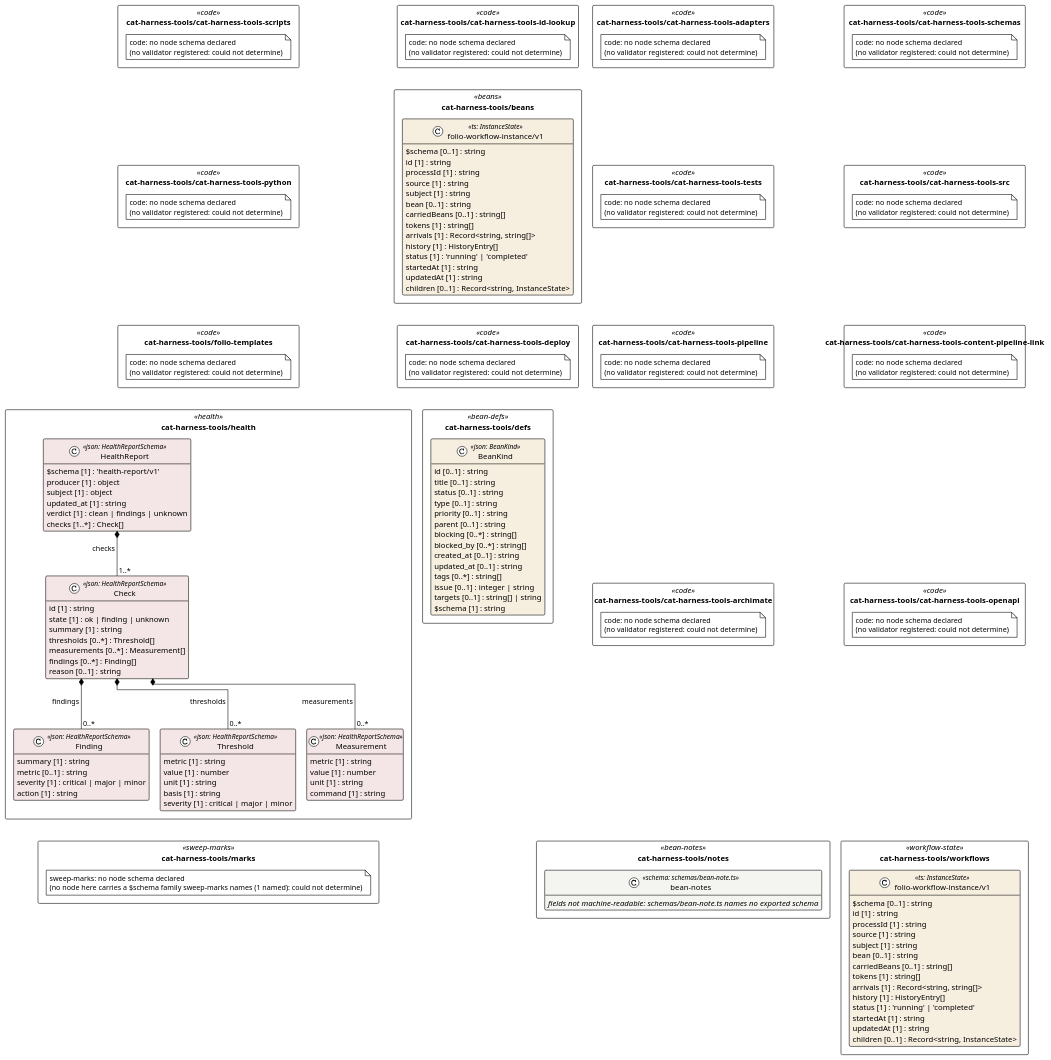
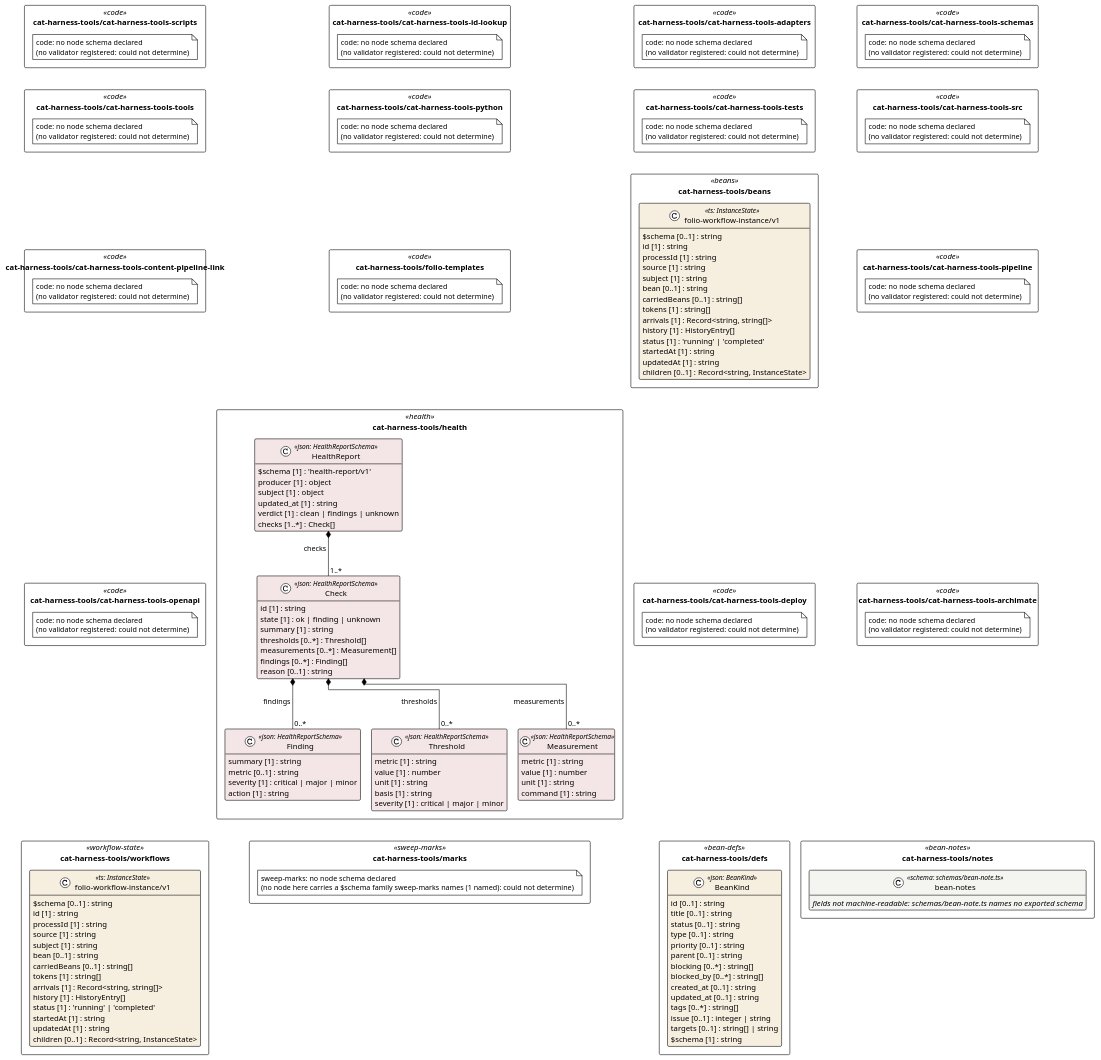
Before and after one commit to litlfred/cat-harness: the diagram in uml/overview/cat-harness-tools.puml, drawn with PlantUML. The commit also changed 474 other files, not shown here.

```diff
--- a/uml/overview/cat-harness-tools.puml
+++ b/uml/overview/cat-harness-tools.puml
@@ -3,169 +3,173 @@
 @startuml cat_harness_tools
 !pragma layout elk
 !theme plain
 skinparam classAttributeIconSize 0
 skinparam shadowing false
 skinparam packageStyle rectangle
 hide empty methods
 
 package "cat-harness-tools/cat-harness-tools-adapters" as pkg_cat_harness_tools_cat_harness_tools_adapters <<code>> {
   note "code: no node schema declared\n(no validator registered: could not determine)" as n_cat_harness_tools_cat_harness_tools_adapters_code
 }
 package "cat-harness-tools/cat-harness-tools-schemas" as pkg_cat_harness_tools_cat_harness_tools_schemas <<code>> {
   note "code: no node schema declared\n(no validator registered: could not determine)" as n_cat_harness_tools_cat_harness_tools_schemas_code
 }
 package "cat-harness-tools/cat-harness-tools-scripts" as pkg_cat_harness_tools_cat_harness_tools_scripts <<code>> {
   note "code: no node schema declared\n(no validator registered: could not determine)" as n_cat_harness_tools_cat_harness_tools_scripts_code
 }
 package "cat-harness-tools/cat-harness-tools-id-lookup" as pkg_cat_harness_tools_cat_harness_tools_id_lookup <<code>> {
   note "code: no node schema declared\n(no validator registered: could not determine)" as n_cat_harness_tools_cat_harness_tools_id_lookup_code
 }
 package "cat-harness-tools/cat-harness-tools-tests" as pkg_cat_harness_tools_cat_harness_tools_tests <<code>> {
   note "code: no node schema declared\n(no validator registered: could not determine)" as n_cat_harness_tools_cat_harness_tools_tests_code
 }
 package "cat-harness-tools/cat-harness-tools-src" as pkg_cat_harness_tools_cat_harness_tools_src <<code>> {
   note "code: no node schema declared\n(no validator registered: could not determine)" as n_cat_harness_tools_cat_harness_tools_src_code
+}
+package "cat-harness-tools/cat-harness-tools-tools" as pkg_cat_harness_tools_cat_harness_tools_tools <<code>> {
+  note "code: no node schema declared\n(no validator registered: could not determine)" as n_cat_harness_tools_cat_harness_tools_tools_code
 }
 package "cat-harness-tools/cat-harness-tools-python" as pkg_cat_harness_tools_cat_harness_tools_python <<code>> {
   note "code: no node schema declared\n(no validator registered: could not determine)" as n_cat_harness_tools_cat_harness_tools_python_code
 }
 package "cat-harness-tools/beans" as pkg_cat_harness_tools_beans <<beans>> {
   class "folio-workflow-instance/v1" as cat_harness_tools_beans_folio_workflow_instance_v1 <<ts: InstanceState>> #f6eedf {
     $schema [0..1] : string
     id [1] : string
     processId [1] : string
     source [1] : string
     subject [1] : string
     bean [0..1] : string
     carriedBeans [0..1] : string[]
     tokens [1] : string[]
     arrivals [1] : Record<string, string[]>
     history [1] : HistoryEntry[]
     status [1] : 'running' | 'completed'
     startedAt [1] : string
     updatedAt [1] : string
     children [0..1] : Record<string, InstanceState>
   }
 }
 package "cat-harness-tools/cat-harness-tools-pipeline" as pkg_cat_harness_tools_cat_harness_tools_pipeline <<code>> {
   note "code: no node schema declared\n(no validator registered: could not determine)" as n_cat_harness_tools_cat_harness_tools_pipeline_code
 }
 package "cat-harness-tools/cat-harness-tools-content-pipeline-link" as pkg_cat_harness_tools_cat_harness_tools_content_pipeline_link <<code>> {
   note "code: no node schema declared\n(no validator registered: could not determine)" as n_cat_harness_tools_cat_harness_tools_content_pipeline_link_code
 }
 package "cat-harness-tools/folio-templates" as pkg_cat_harness_tools_folio_templates <<code>> {
   note "code: no node schema declared\n(no validator registered: could not determine)" as n_cat_harness_tools_folio_templates_code
 }
 package "cat-harness-tools/cat-harness-tools-deploy" as pkg_cat_harness_tools_cat_harness_tools_deploy <<code>> {
   note "code: no node schema declared\n(no validator registered: could not determine)" as n_cat_harness_tools_cat_harness_tools_deploy_code
 }
 package "cat-harness-tools/cat-harness-tools-archimate" as pkg_cat_harness_tools_cat_harness_tools_archimate <<code>> {
   note "code: no node schema declared\n(no validator registered: could not determine)" as n_cat_harness_tools_cat_harness_tools_archimate_code
 }
 package "cat-harness-tools/cat-harness-tools-openapi" as pkg_cat_harness_tools_cat_harness_tools_openapi <<code>> {
   note "code: no node schema declared\n(no validator registered: could not determine)" as n_cat_harness_tools_cat_harness_tools_openapi_code
 }
 package "cat-harness-tools/health" as pkg_cat_harness_tools_health <<health>> {
   class "Threshold" as cat_harness_tools_health_Threshold <<json: HealthReportSchema>> #f4e6e6 {
     metric [1] : string
     value [1] : number
     unit [1] : string
     basis [1] : string
     severity [1] : critical | major | minor
   }
   class "Measurement" as cat_harness_tools_health_Measurement <<json: HealthReportSchema>> #f4e6e6 {
     metric [1] : string
     value [1] : number
     unit [1] : string
     command [1] : string
   }
   class "Finding" as cat_harness_tools_health_Finding <<json: HealthReportSchema>> #f4e6e6 {
     summary [1] : string
     metric [0..1] : string
     severity [1] : critical | major | minor
     action [1] : string
   }
   class "Check" as cat_harness_tools_health_Check <<json: HealthReportSchema>> #f4e6e6 {
     id [1] : string
     state [1] : ok | finding | unknown
     summary [1] : string
     thresholds [0..*] : Threshold[]
     measurements [0..*] : Measurement[]
     findings [0..*] : Finding[]
     reason [0..1] : string
   }
   class "HealthReport" as cat_harness_tools_health_HealthReport <<json: HealthReportSchema>> #f4e6e6 {
     $schema [1] : 'health-report/v1'
     producer [1] : object
     subject [1] : object
     updated_at [1] : string
     verdict [1] : clean | findings | unknown
     checks [1..*] : Check[]
   }
 }
 package "cat-harness-tools/defs" as pkg_cat_harness_tools_defs <<bean-defs>> {
   class "BeanKind" as cat_harness_tools_defs_BeanKind <<json: BeanKind>> #f6eedf {
     id [0..1] : string
     title [0..1] : string
     status [0..1] : string
     type [0..1] : string
     priority [0..1] : string
     parent [0..1] : string
     blocking [0..*] : string[]
     blocked_by [0..*] : string[]
     created_at [0..1] : string
     updated_at [0..1] : string
     tags [0..*] : string[]
     issue [0..1] : integer | string
     targets [0..1] : string[] | string
     $schema [1] : string
   }
 }
 package "cat-harness-tools/notes" as pkg_cat_harness_tools_notes <<bean-notes>> {
   class "bean-notes" as cat_harness_tools_notes_bean_notes_shape <<schema: schemas/bean-note.ts>> #f4f4f1 {
     //fields not machine-readable: schemas/bean-note.ts names no exported schema//
   }
 }
 package "cat-harness-tools/workflows" as pkg_cat_harness_tools_workflows <<workflow-state>> {
   class "folio-workflow-instance/v1" as cat_harness_tools_workflows_folio_workflow_instance_v1 <<ts: InstanceState>> #f6eedf {
     $schema [0..1] : string
     id [1] : string
     processId [1] : string
     source [1] : string
     subject [1] : string
     bean [0..1] : string
     carriedBeans [0..1] : string[]
     tokens [1] : string[]
     arrivals [1] : Record<string, string[]>
     history [1] : HistoryEntry[]
     status [1] : 'running' | 'completed'
     startedAt [1] : string
     updatedAt [1] : string
     children [0..1] : Record<string, InstanceState>
   }
 }
 package "cat-harness-tools/marks" as pkg_cat_harness_tools_marks <<sweep-marks>> {
   note "sweep-marks: no node schema declared\n(no node here carries a $schema family sweep-marks names (1 named): could not determine)" as n_cat_harness_tools_marks_sweep_marks
 }
 
 cat_harness_tools_health_Check *-- "0..*" cat_harness_tools_health_Threshold : thresholds
 cat_harness_tools_health_Check *-- "0..*" cat_harness_tools_health_Measurement : measurements
 cat_harness_tools_health_Check *-- "0..*" cat_harness_tools_health_Finding : findings
 cat_harness_tools_health_HealthReport *-- "1..*" cat_harness_tools_health_Check : checks
-' grid: portrait, 4 column(s) — pkg_cat_harness_tools_cat_harness_tools_adapters pkg_cat_harness_tools_cat_harness_tools_schemas pkg_cat_harness_tools_cat_harness_tools_scripts pkg_cat_harness_tools_cat_harness_tools_id_lookup pkg_cat_harness_tools_cat_harness_tools_tests pkg_cat_harness_tools_cat_harness_tools_src pkg_cat_harness_tools_cat_harness_tools_python pkg_cat_harness_tools_beans pkg_cat_harness_tools_cat_harness_tools_pipeline pkg_cat_harness_tools_cat_harness_tools_content_pipeline_link pkg_cat_harness_tools_folio_templates pkg_cat_harness_tools_cat_harness_tools_deploy pkg_cat_harness_tools_cat_harness_tools_archimate pkg_cat_harness_tools_cat_harness_tools_openapi pkg_cat_harness_tools_health pkg_cat_harness_tools_defs pkg_cat_harness_tools_notes pkg_cat_harness_tools_workflows pkg_cat_harness_tools_marks
+' grid: portrait, 4 column(s) — pkg_cat_harness_tools_cat_harness_tools_adapters pkg_cat_harness_tools_cat_harness_tools_schemas pkg_cat_harness_tools_cat_harness_tools_scripts pkg_cat_harness_tools_cat_harness_tools_id_lookup pkg_cat_harness_tools_cat_harness_tools_tests pkg_cat_harness_tools_cat_harness_tools_src pkg_cat_harness_tools_cat_harness_tools_tools pkg_cat_harness_tools_cat_harness_tools_python pkg_cat_harness_tools_beans pkg_cat_harness_tools_cat_harness_tools_pipeline pkg_cat_harness_tools_cat_harness_tools_content_pipeline_link pkg_cat_harness_tools_folio_templates pkg_cat_harness_tools_cat_harness_tools_deploy pkg_cat_harness_tools_cat_harness_tools_archimate pkg_cat_harness_tools_cat_harness_tools_openapi pkg_cat_harness_tools_health pkg_cat_harness_tools_defs pkg_cat_harness_tools_notes pkg_cat_harness_tools_workflows pkg_cat_harness_tools_marks
 pkg_cat_harness_tools_cat_harness_tools_adapters -[hidden]down- pkg_cat_harness_tools_cat_harness_tools_tests
 pkg_cat_harness_tools_cat_harness_tools_schemas -[hidden]down- pkg_cat_harness_tools_cat_harness_tools_src
-pkg_cat_harness_tools_cat_harness_tools_scripts -[hidden]down- pkg_cat_harness_tools_cat_harness_tools_python
-pkg_cat_harness_tools_cat_harness_tools_id_lookup -[hidden]down- pkg_cat_harness_tools_beans
-pkg_cat_harness_tools_cat_harness_tools_tests -[hidden]down- pkg_cat_harness_tools_cat_harness_tools_pipeline
-pkg_cat_harness_tools_cat_harness_tools_src -[hidden]down- pkg_cat_harness_tools_cat_harness_tools_content_pipeline_link
+pkg_cat_harness_tools_cat_harness_tools_scripts -[hidden]down- pkg_cat_harness_tools_cat_harness_tools_tools
+pkg_cat_harness_tools_cat_harness_tools_id_lookup -[hidden]down- pkg_cat_harness_tools_cat_harness_tools_python
+pkg_cat_harness_tools_cat_harness_tools_tests -[hidden]down- pkg_cat_harness_tools_beans
+pkg_cat_harness_tools_cat_harness_tools_src -[hidden]down- pkg_cat_harness_tools_cat_harness_tools_pipeline
+pkg_cat_harness_tools_cat_harness_tools_tools -[hidden]down- pkg_cat_harness_tools_cat_harness_tools_content_pipeline_link
 pkg_cat_harness_tools_cat_harness_tools_python -[hidden]down- pkg_cat_harness_tools_folio_templates
 pkg_cat_harness_tools_beans -[hidden]down- pkg_cat_harness_tools_cat_harness_tools_deploy
 pkg_cat_harness_tools_cat_harness_tools_pipeline -[hidden]down- pkg_cat_harness_tools_cat_harness_tools_archimate
 pkg_cat_harness_tools_cat_harness_tools_content_pipeline_link -[hidden]down- pkg_cat_harness_tools_cat_harness_tools_openapi
 pkg_cat_harness_tools_folio_templates -[hidden]down- pkg_cat_harness_tools_health
 pkg_cat_harness_tools_cat_harness_tools_deploy -[hidden]down- pkg_cat_harness_tools_defs
 pkg_cat_harness_tools_cat_harness_tools_archimate -[hidden]down- pkg_cat_harness_tools_notes
 pkg_cat_harness_tools_cat_harness_tools_openapi -[hidden]down- pkg_cat_harness_tools_workflows
 pkg_cat_harness_tools_health -[hidden]down- pkg_cat_harness_tools_marks
 @enduml
```
